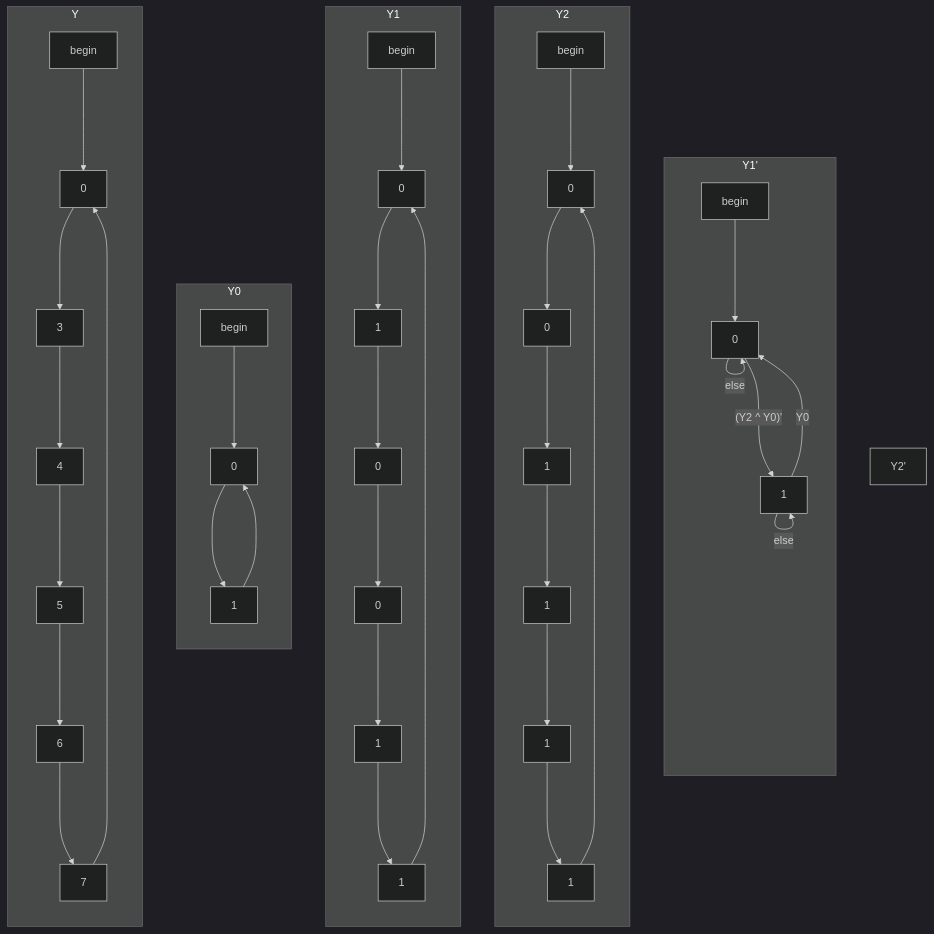
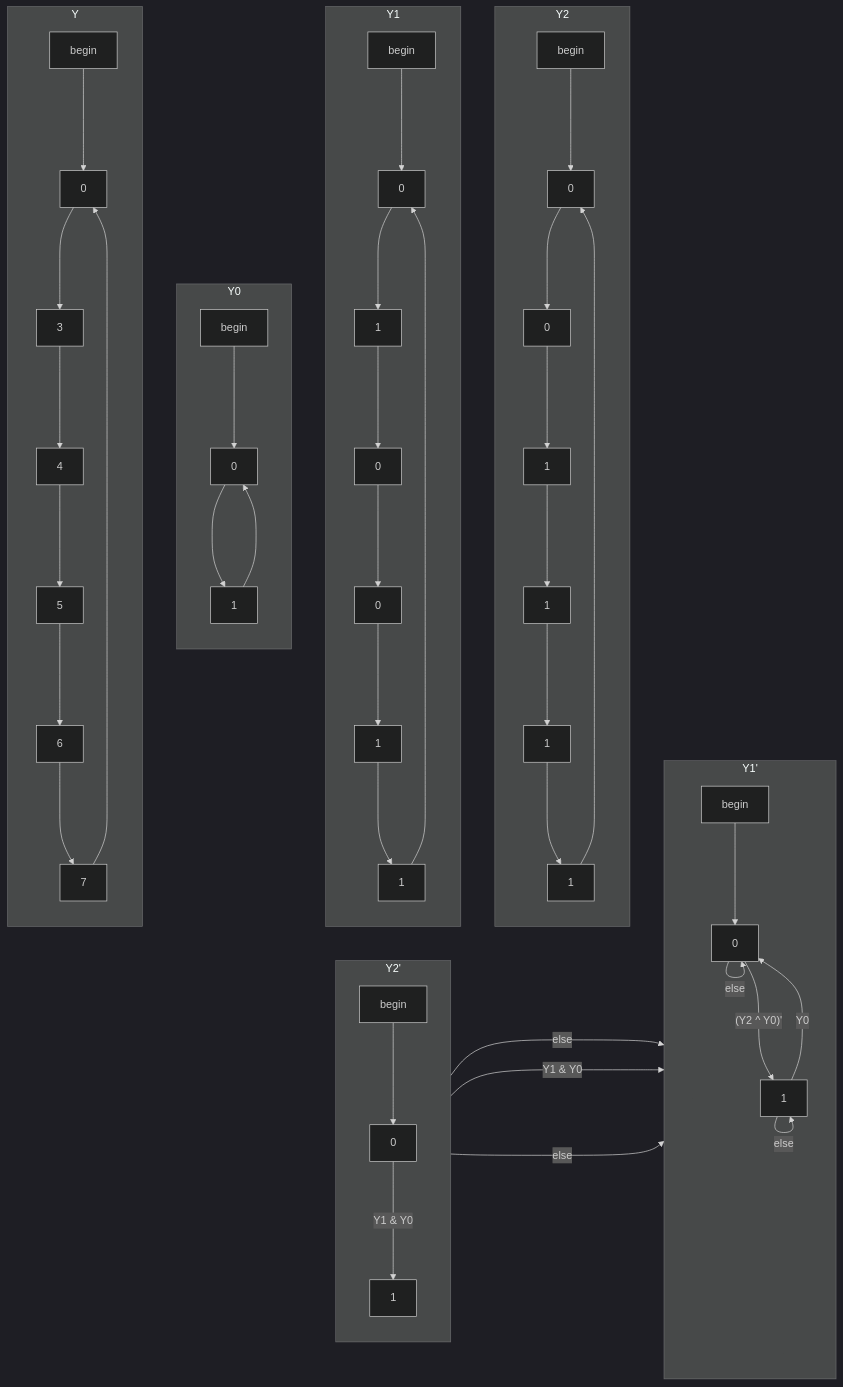
One commit to tnichols217/notes changed the fourth of 5 diagrams in CSDS 281 - Logic Design/HW/8/Tables.md. Above: the diagram before and after it, drawn with Mermaid (dark theme).

Commit message:
vault backup: 2024-04-03 23:55:54

````diff
--- a/CSDS 281 - Logic Design/HW/8/Tables.md
+++ b/CSDS 281 - Logic Design/HW/8/Tables.md
@@ -113,47 +113,55 @@
 ```mermaid
 flowchart LR
 subgraph Y
 	begin ---> 0
 	0 ---> 3
 	3 ---> 4
 	4 ---> 5
 	5 ---> 6
 	6 ---> 7
 	7 ---> 0
 end
 subgraph Y0
 	direction TB
 	begin0[begin] ---> 00[0]
 	00 ---> 01[1]
 	01 ---> 00
 end
 subgraph Y1
 	direction TB
 	begin1[begin] ---> 101[0]
 	101 ---> 111[1]
 	111 ---> 102[0]
 	102 ---> 103[0]
 	103 ---> 112[1]
 	112 ---> 113[1]
 	113 ---> 101
 end
 subgraph Y2
 	direction TB
 	begin2[begin] ---> 201[0]
 	201 ---> 202[0]
 	202 ---> 211[1]
 	211 ---> 212[1]
 	212 ---> 213[1]
 	213 ---> 214[1]
 	214 ---> 201
 end
 subgraph Y1'
 	direction TB
 	begin1'[begin] ---> 10[0]
 	10 --->|"(Y2 ^ Y0)'"| 11[1]
 	10 --->|else| 10
 	11 --->|Y0| 10
 	11 --->|else| 11
 end
+subgraph Y2'
+	direction TB
+	begin2'[begin] ---> 20[0]
+	20 --->|"Y1 & Y0"| 21[1]
+	20 --->|else| 10
+	21 --->|"Y1 & Y0"| 10
+	21 --->|else| 11
+end
 Y ~~~ Y0 ~~~ Y1 ~~~ Y2 ~~~ Y1' ~~~ Y2'
 ```
````
